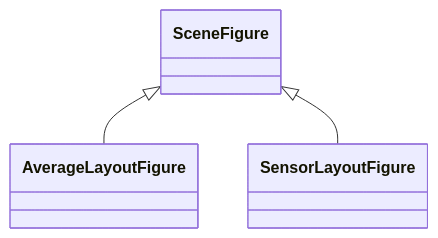
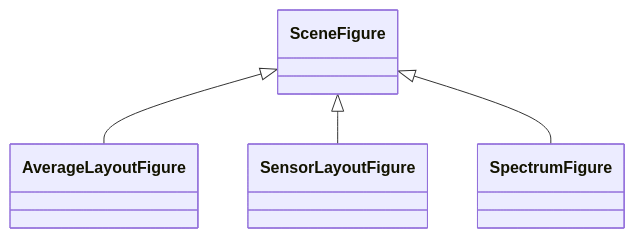
The diagram in doc/website/docs/api/viz/scene-figure.mdx (mne-tools/mne-cpp), drawn with Mermaid before and after one commit. The commit also changed 43 other files, not shown here.

````diff
--- a/doc/website/docs/api/viz/scene-figure.mdx
+++ b/doc/website/docs/api/viz/scene-figure.mdx
@@ -24,7 +24,9 @@
 ```mermaid
 classDiagram
     SceneFigure <|-- AverageLayoutFigure
     click AverageLayoutFigure href "../../viz/average-layout-figure/"
     SceneFigure <|-- SensorLayoutFigure
     click SensorLayoutFigure href "../../viz/sensor-layout-figure/"
+    SceneFigure <|-- SpectrumFigure
+    click SpectrumFigure href "../../viz/spectrum-figure/"
 ```
````
